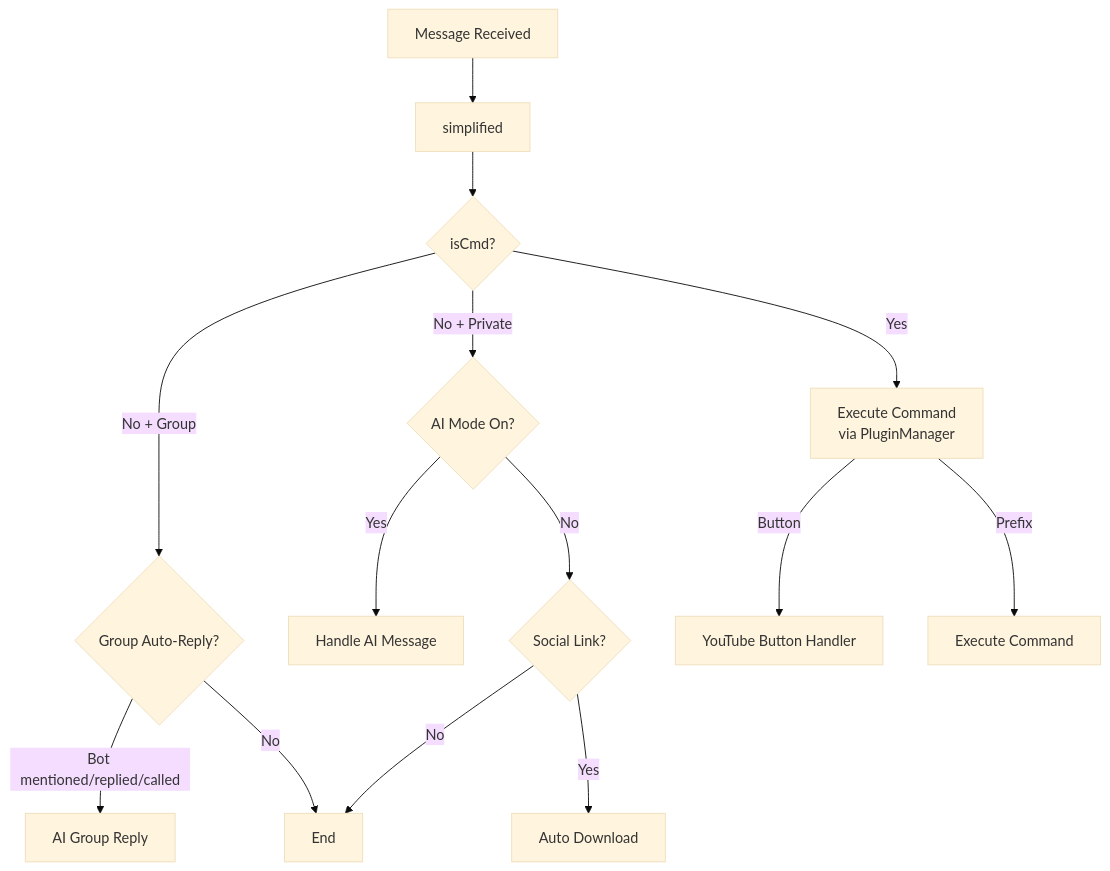
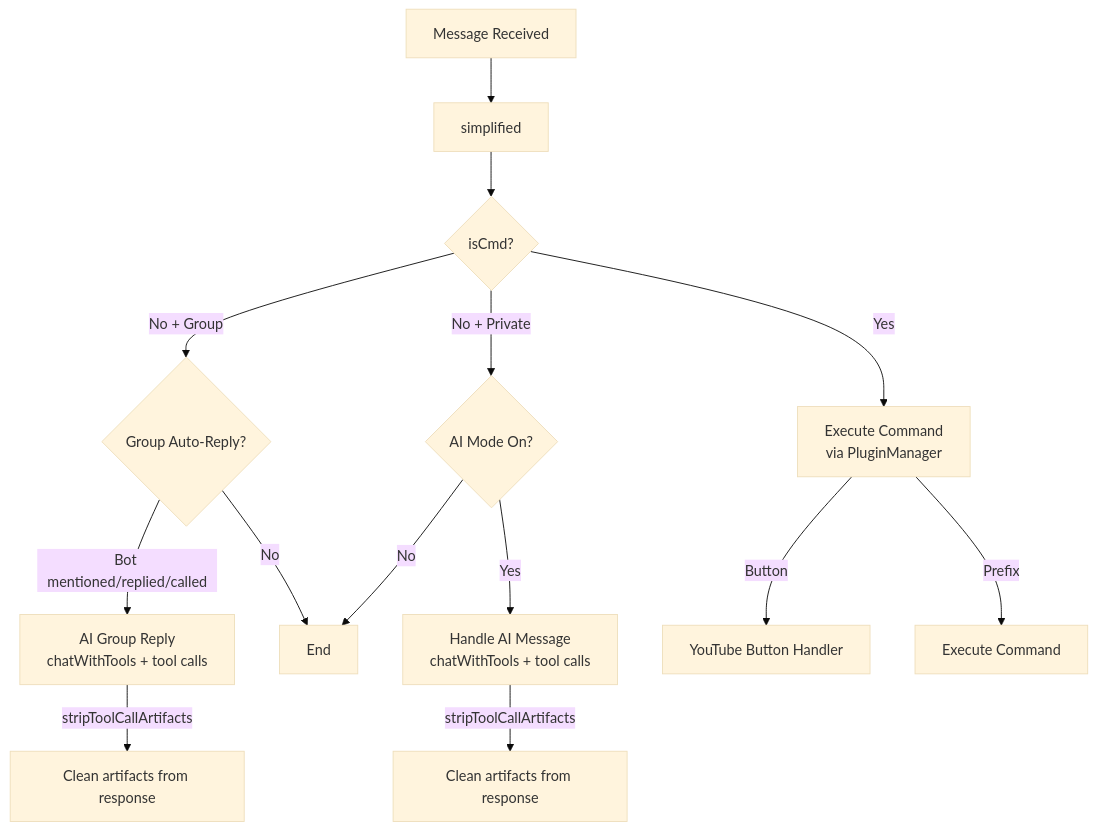
Before and after one commit to Maxorleans55/multi-bot: the fourth of 11 diagrams in plans/architecture-documentation.md, drawn with Mermaid (base theme). The commit also changed other lines of this file and 14 other files, not shown here.

````diff
--- a/plans/architecture-documentation.md
+++ b/plans/architecture-documentation.md
@@ -287,21 +316,21 @@
 ```mermaid
 flowchart TD
     M[Message Received] --> S[simplified]
     S --> Check{isCmd?}
     
     Check --> |Yes| CMD[Execute Command<br/>via PluginManager]
     Check --> |No + Group| GRP{Group Auto-Reply?}
     Check --> |No + Private| AI{AI Mode On?}
     
-    GRP --> |Bot mentioned/replied/called| GAI[AI Group Reply]
+    GRP --> |Bot mentioned/replied/called| GAI[AI Group Reply<br/>chatWithTools + tool calls]
     GRP --> |No| END[End]
     
-    AI --> |Yes| HAI[Handle AI Message]
-    AI --> |No| SM{Social Link?}
-    
-    SM --> |Yes| D[Auto Download]
-    SM --> |No| END
+    AI --> |Yes| HAI[Handle AI Message<br/>chatWithTools + tool calls]
+    AI --> |No| END
     
     CMD --> |Button| YT[YouTube Button Handler]
     CMD --> |Prefix| EX[Execute Command]
+    
+    GAI --> |stripToolCallArtifacts| FILTER1[Clean artifacts from response]
+    HAI --> |stripToolCallArtifacts| FILTER2[Clean artifacts from response]
 ```
````
